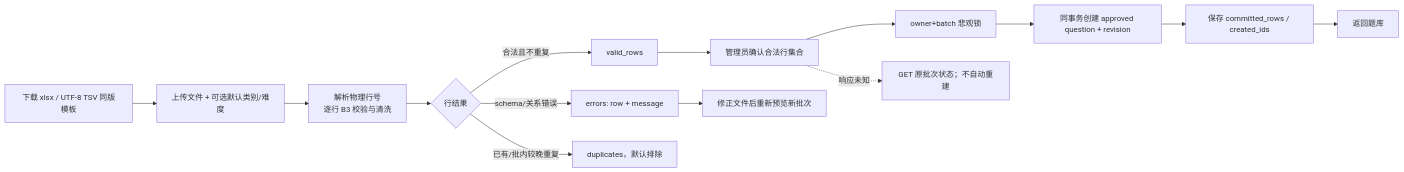
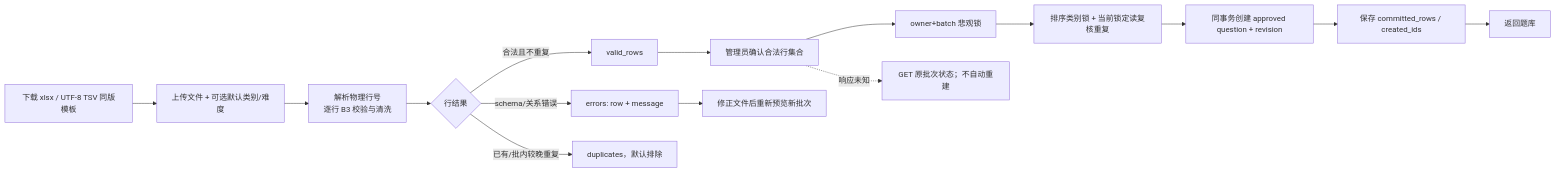
Before and after one commit to caoguanjie/emodor-exam: the sixth of 19 diagrams in docs/design/06-关键流程.md, drawn with Mermaid. The commit also changed other lines of this file and 15 other files, not shown here.

````diff
--- a/docs/design/06-关键流程.md
+++ b/docs/design/06-关键流程.md
@@ -364,16 +364,17 @@
 ```mermaid
 flowchart LR
     T["下载 xlsx / UTF-8 TSV 同版模板"] --> U["上传文件 + 可选默认类别/难度"]
     U --> P["解析物理行号<br/>逐行 B3 校验与清洗"]
     P --> S{"行结果"}
     S -->|"合法且不重复"| V["valid_rows"]
     S -->|"schema/关系错误"| E["errors: row + message"]
     S -->|"已有/批内较晚重复"| D["duplicates，默认排除"]
     V --> C["管理员确认合法行集合"]
     C --> L["owner+batch 悲观锁"]
-    L --> Q["同事务创建 approved question + revision"]
+    L --> X["排序类别锁 + 当前锁定读复核重复"]
+    X --> Q["同事务创建 approved question + revision"]
     Q --> R["保存 committed_rows / created_ids"]
     R --> B["返回题库"]
     E --> F["修正文件后重新预览新批次"]
     C -. "响应未知" .-> G["GET 原批次状态；不自动重建"]
 ```
````
